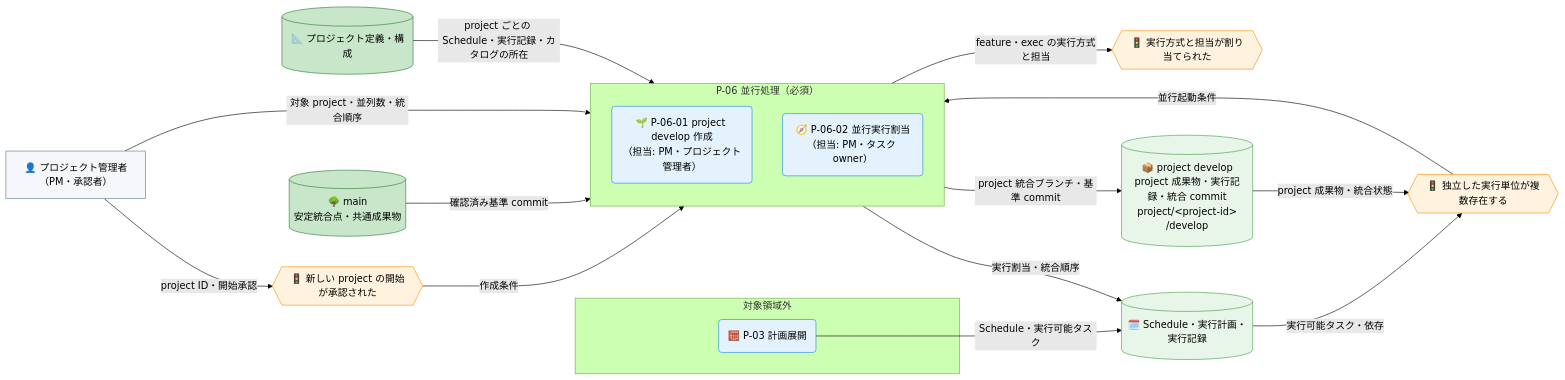
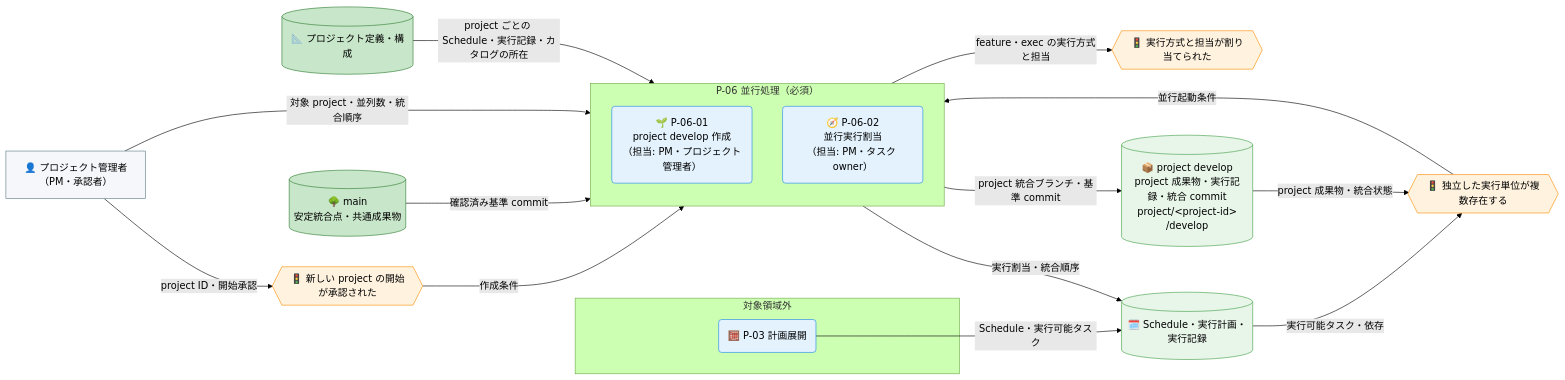
One commit to specdojo/specdojo changed the first of 4 diagrams in docs/ja/product/010-business-specs/010-data-flow/cdfd-multi-project.md. Above: the diagram before and after it, drawn with Mermaid (forest theme). The commit also changed other lines of this file and 7 other files, not shown here.

````diff
--- a/docs/ja/product/010-business-specs/010-data-flow/cdfd-multi-project.md
+++ b/docs/ja/product/010-business-specs/010-data-flow/cdfd-multi-project.md
@@ -57,49 +57,49 @@
 ```mermaid
 flowchart LR
   classDef process fill:#e3f2fd,stroke:#1e88e5,color:#000
   classDef event fill:#fff3e0,stroke:#fb8c00,color:#000
   classDef storeMaster fill:#c8e6c9,stroke:#2e7d32,color:#000
   classDef storeTransaction fill:#e8f5e9,stroke:#43a047,color:#000
   classDef actor fill:#f5f7fa,stroke:#607d8b,color:#000
 
   プロジェクト管理者["👤 プロジェクト管理者<br>（PM・承認者）"]
 
   project開始{{"🚦 新しい project の開始が承認された"}}
   並行実行可能{{"🚦 独立した実行単位が複数存在する"}}
   割当確定{{"🚦 実行方式と担当が割り当てられた"}}
 
   subgraph 並行処理必須["P-06 並行処理（必須）"]
     direction TB
-    projectDevelop作成("🌱 P-06-01 project develop 作成<br>（担当: PM・プロジェクト管理者）")
-    並行実行割当("🧭 P-06-02 並行実行割当<br>（担当: PM・タスク owner）")
+    projectDevelop作成("🌱 P-06-01<br>project develop 作成<br>（担当: PM・プロジェクト管理者）")
+    並行実行割当("🧭 P-06-02<br>並行実行割当<br>（担当: PM・タスク owner）")
   end
 
   main[("🌳 main<br>安定統合点・共通成果物")]
   projectDevelop[("📦 project develop<br>project 成果物・実行記録・統合 commit<br>project/&lt;project-id&gt;<br>/develop")]
   project構成[("📐 プロジェクト定義・構成")]
   実行計画記録[("🗓️ Schedule・実行計画・実行記録")]
 
   subgraph 領域外必須["対象領域外"]
     計画展開("🧮 P-03 計画展開")
   end
 
   プロジェクト管理者 -->|"project ID・開始承認"| project開始
   project開始 -->|"作成条件"| projectDevelop作成
   main -->|"確認済み基準 commit"| projectDevelop作成
   projectDevelop作成 -->|"project 統合ブランチ・基準 commit"| projectDevelop
 
   計画展開 -->|"Schedule・実行可能タスク"| 実行計画記録
   実行計画記録 -->|"実行可能タスク・依存"| 並行実行可能
   projectDevelop -->|"project 成果物・統合状態"| 並行実行可能
   並行実行可能 -->|"並行起動条件"| 並行実行割当
   プロジェクト管理者 -->|"対象 project・並列数・統合順序"| 並行実行割当
   project構成 -->|"project ごとの Schedule・実行記録・カタログの所在"| 並行実行割当
   並行実行割当 -->|"実行割当・統合順序"| 実行計画記録
   並行実行割当 -->|"feature・exec の実行方式と担当"| 割当確定
 
   class projectDevelop作成,並行実行割当,計画展開 process
   class project開始,並行実行可能,割当確定 event
   class main,project構成 storeMaster
   class projectDevelop,実行計画記録 storeTransaction
   class プロジェクト管理者 actor
 ```
````
